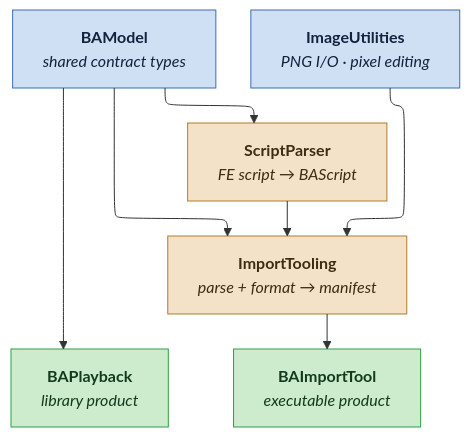
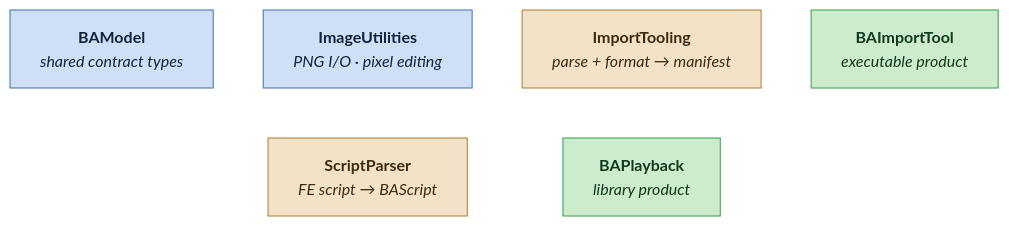
One commit to gannonmg/HexEmblem changed the diagram in BattleAnimationCore/.docs/diagrams/.dependency-graph.mmd. Above: the diagram before and after it, drawn with Mermaid.

Commit message:
destroy mermaid graph

```diff
--- a/BattleAnimationCore/.docs/diagrams/.dependency-graph.mmd
+++ b/BattleAnimationCore/.docs/diagrams/.dependency-graph.mmd
@@ -1,32 +1,25 @@
 ---
 config:
-  layout: elk
+layout: elk
 ---
 graph TD
     BAModel["`**BAModel**
-_shared contract types_`"]:::foundation
+    _shared contract types_`"]:::foundation
     ImageUtilities["`**ImageUtilities**
-_PNG I/O · pixel editing_`"]:::foundation
+    _PNG I/O · pixel editing_`"]:::foundation
     ScriptParser["`**ScriptParser**
-_FE script → BAScript_`"]:::internal
+    _FE script → BAScript_`"]:::internal
     ImportTooling["`**ImportTooling**
-_parse + format → manifest_`"]:::internal
+    _parse + format → manifest_`"]:::internal
     BAPlayback["`**BAPlayback**
-_library product_`"]:::product
+    _library product_`"]:::product
     BAImportTool["`**BAImportTool**
-_executable product_`"]:::product
-
-    BAModel --> ScriptParser
-    BAModel --> ImportTooling
-    BAModel --> BAPlayback
-    ImageUtilities --> ImportTooling
-    ScriptParser --> ImportTooling
-    ImportTooling --> BAImportTool
+    _executable product_`"]:::product
 
     %% invisible hints (not drawn) — align nodes by role, not by depth
     ImageUtilities ~~~ ScriptParser
     ImportTooling ~~~ BAPlayback
 
     classDef foundation fill:#cfe0f5,stroke:#3b6fb0,stroke-width:1px,color:#12233d;
-    classDef internal   fill:#f3e2c7,stroke:#b07d2b,stroke-width:1px,color:#3d2c10;
-    classDef product    fill:#cdeccd,stroke:#2f9e44,stroke-width:1px,color:#123a1c;
+    classDef internal fill:#f3e2c7,stroke:#b07d2b,stroke-width:1px,color:#3d2c10;
+    classDef product fill:#cdeccd,stroke:#2f9e44,stroke-width:1px,color:#123a1c;
```
